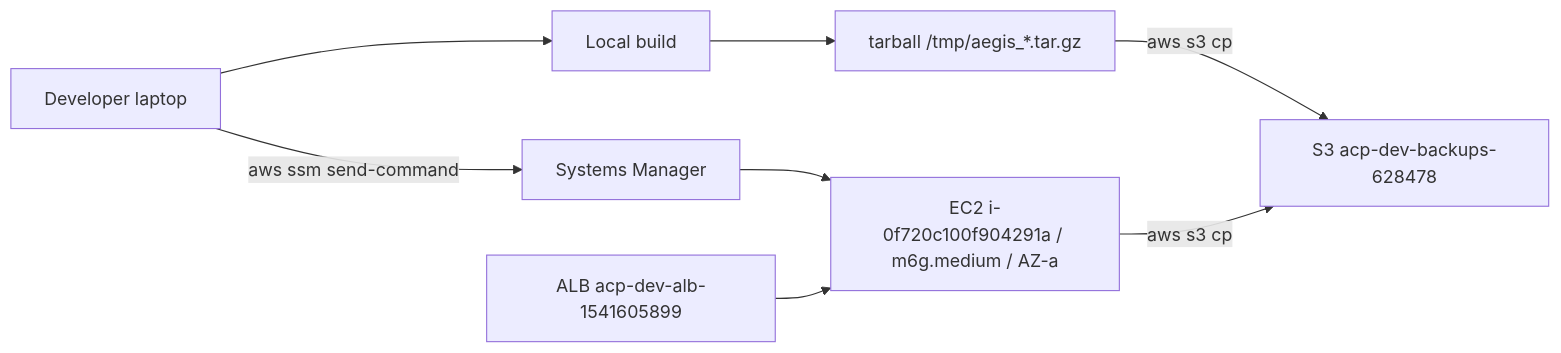
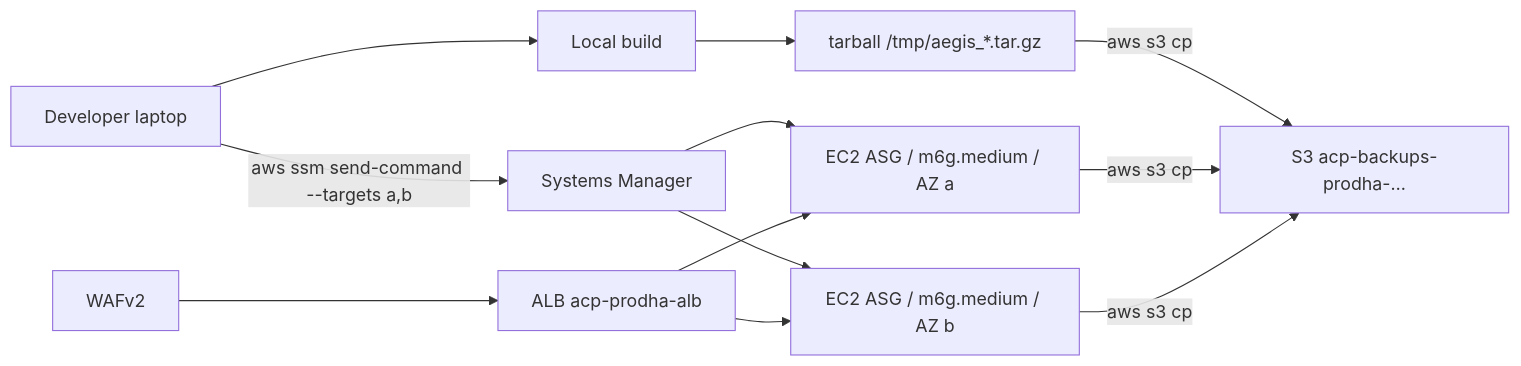
The diagram in docs/operations/deployment.md (Abhi-mishra998/aegis), drawn with Mermaid before and after one commit. The commit also changed other lines of this file and 353 other files, not shown here.

````diff
--- a/docs/operations/deployment.md
+++ b/docs/operations/deployment.md
@@ -19,17 +19,23 @@
 ```mermaid
 flowchart LR
     Dev[Developer laptop]
     Build[Local build]
     Tar[tarball /tmp/aegis_*.tar.gz]
-    S3D[S3 acp-dev-backups-628478]
+    S3D[S3 acp-backups-prodha-…]
     SSM[Systems Manager]
-    EC2[EC2 i-0f720c100f904291a / m6g.medium / AZ-a]
-    ALB[ALB acp-dev-alb-1541605899]
+    EC2a[EC2 ASG / m6g.medium / AZ a]
+    EC2b[EC2 ASG / m6g.medium / AZ b]
+    WAF[WAFv2]
+    ALB[ALB acp-prodha-alb]
     Dev --> Build
     Build --> Tar
     Tar -->|aws s3 cp| S3D
-    Dev -->|aws ssm send-command| SSM
-    SSM --> EC2
-    EC2 -->|aws s3 cp| S3D
-    ALB --> EC2
+    Dev -->|aws ssm send-command --targets a,b| SSM
+    SSM --> EC2a
+    SSM --> EC2b
+    EC2a -->|aws s3 cp| S3D
+    EC2b -->|aws s3 cp| S3D
+    WAF --> ALB
+    ALB --> EC2a
+    ALB --> EC2b
 ```
````
